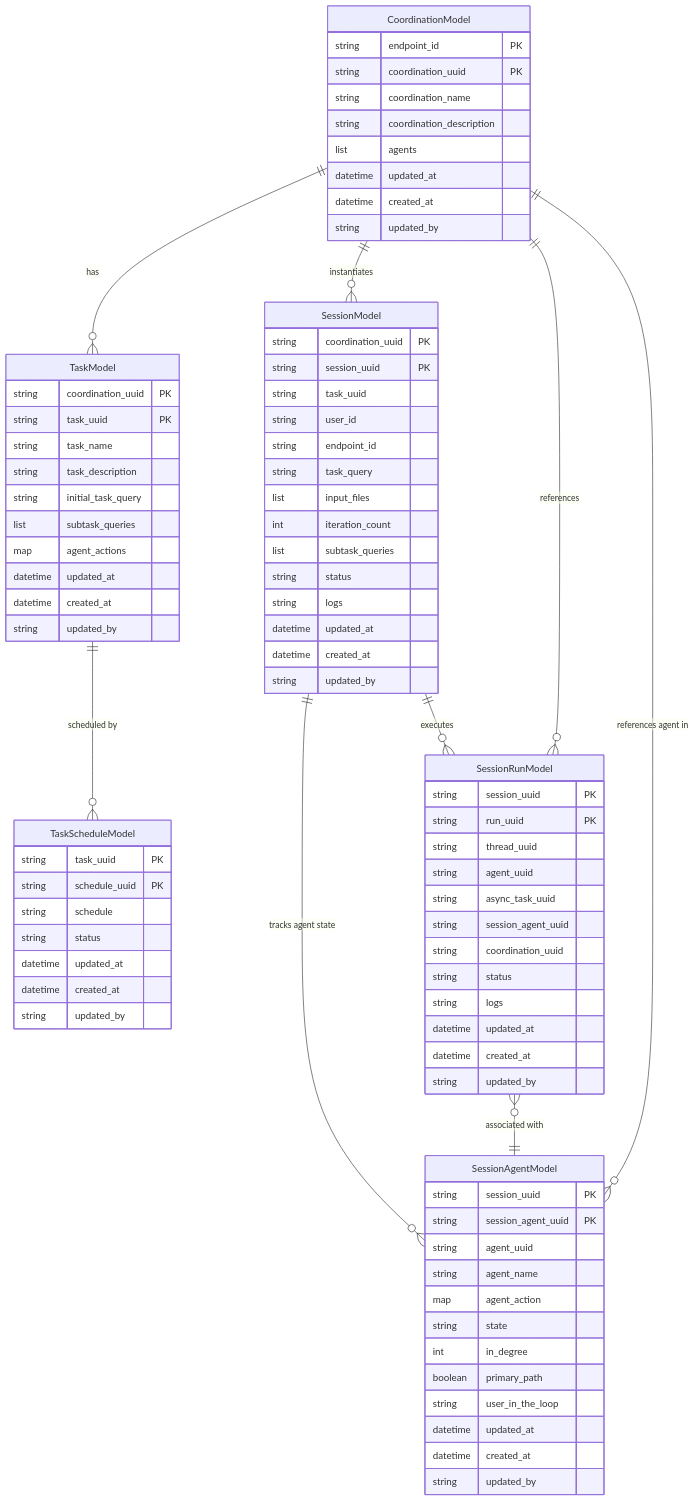
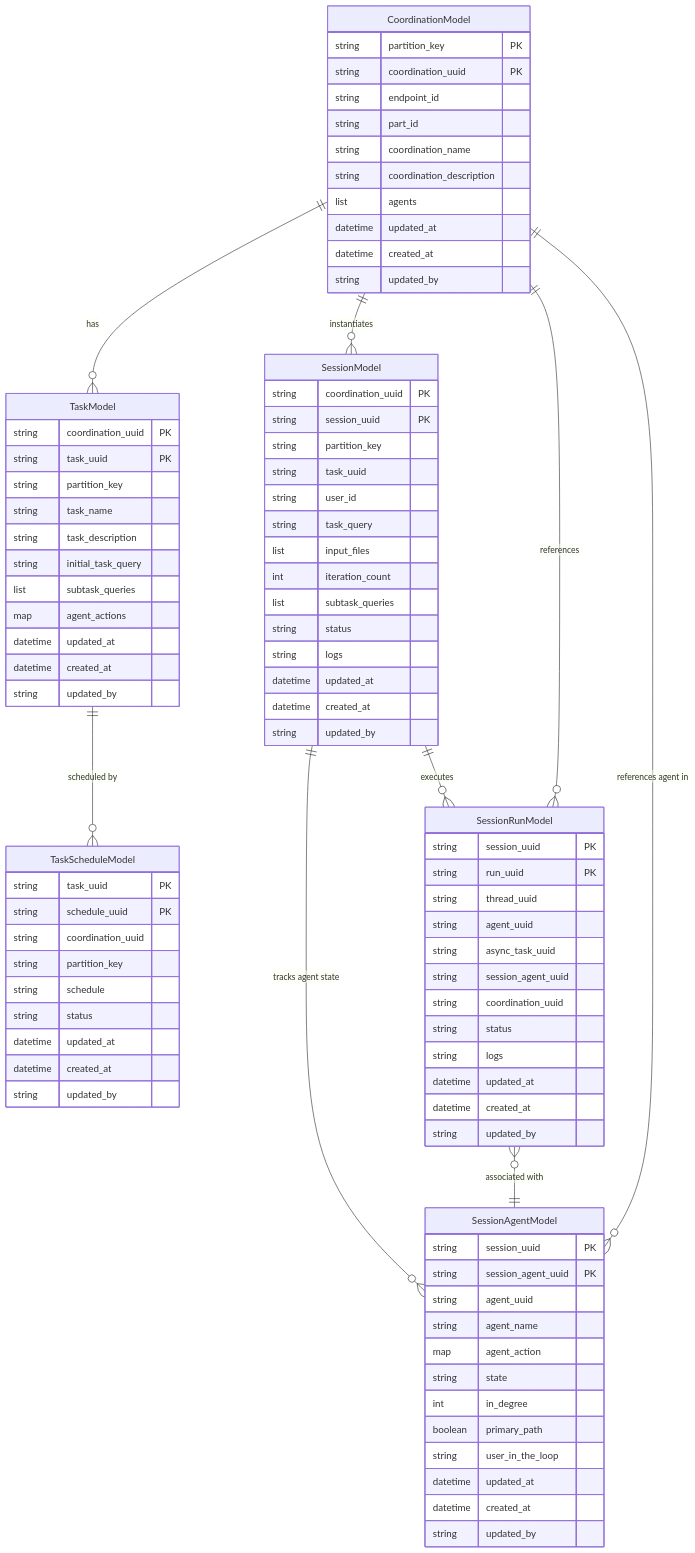
The third of 4 diagrams in docs/DEVELOPMENT_PLAN.md (ideabosque/ai_coordination_engine), drawn with Mermaid before and after one commit. The commit also changed other lines of this file and 120 other files, not shown here.

```diff
--- a/docs/DEVELOPMENT_PLAN.md
+++ b/docs/DEVELOPMENT_PLAN.md
@@ -208,8 +208,10 @@
     SessionRunModel }o--|| CoordinationModel : "references"
 
     CoordinationModel {
-        string endpoint_id PK
+        string partition_key PK
         string coordination_uuid PK
+        string endpoint_id
+        string part_id
         string coordination_name
         string coordination_description
         list agents
@@ -221,6 +223,7 @@
     TaskModel {
         string coordination_uuid PK
         string task_uuid PK
+        string partition_key
         string task_name
         string task_description
         string initial_task_query
@@ -234,6 +237,8 @@
     TaskScheduleModel {
         string task_uuid PK
         string schedule_uuid PK
+        string coordination_uuid
+        string partition_key
         string schedule
         string status
         datetime updated_at
@@ -244,9 +249,9 @@
     SessionModel {
         string coordination_uuid PK
         string session_uuid PK
+        string partition_key
         string task_uuid
         string user_id
-        string endpoint_id
         string task_query
         list input_files
         int iteration_count
```
